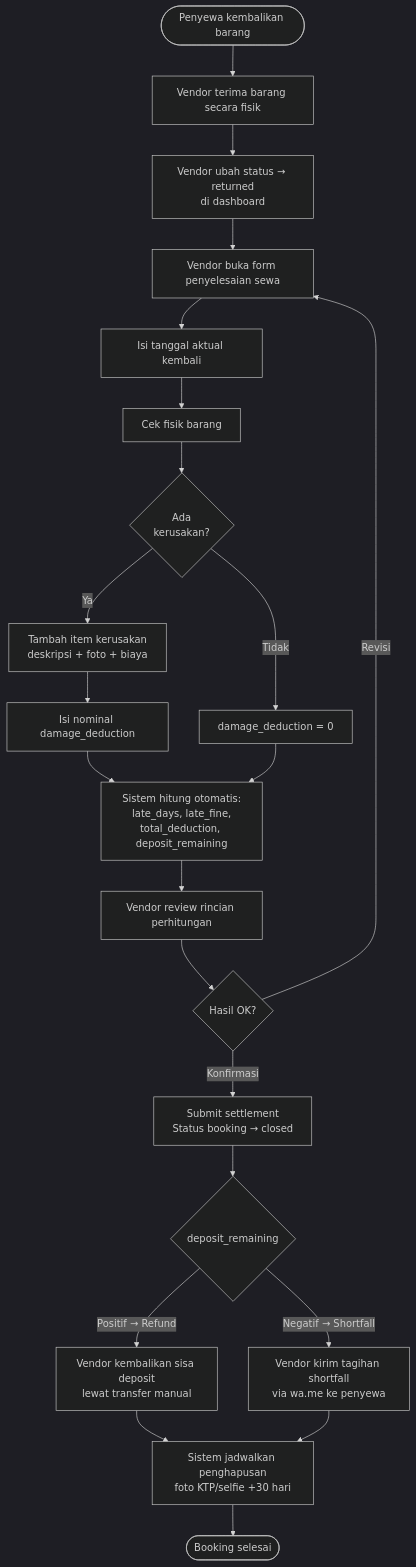
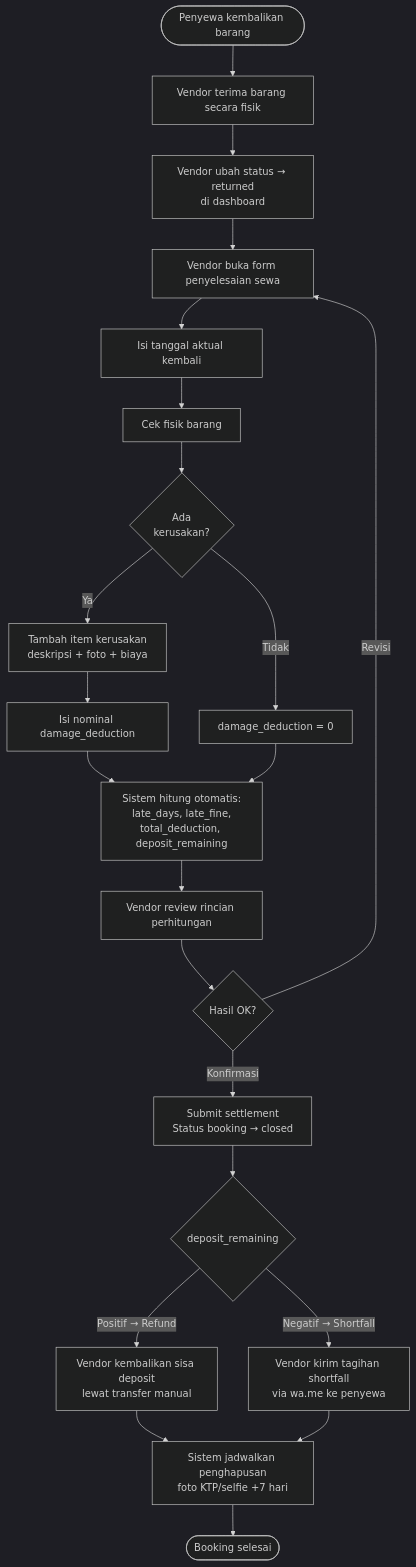
Before and after one commit to codemaulana/jagasewa: the third of 3 diagrams in docs/user-flow.md, drawn with Mermaid (dark theme). The commit also changed 16 other files, not shown here.

````diff
--- a/docs/user-flow.md
+++ b/docs/user-flow.md
@@ -57,24 +57,24 @@
 ```mermaid
 flowchart TD
     A([Penyewa kembalikan barang]) --> B[Vendor terima barang secara fisik]
     B --> C[Vendor ubah status → returned\ndi dashboard]
     C --> D[Vendor buka form penyelesaian sewa]
     D --> E[Isi tanggal aktual kembali]
     E --> F[Cek fisik barang]
     F --> G{Ada\nkerusakan?}
     G -- Ya --> H[Tambah item kerusakan\ndeskripsi + foto + biaya]
     H --> I[Isi nominal damage_deduction]
     G -- Tidak --> I2[damage_deduction = 0]
     I --> J[Sistem hitung otomatis:\nlate_days, late_fine,\ntotal_deduction, deposit_remaining]
     I2 --> J
     J --> K[Vendor review rincian perhitungan]
     K --> L{Hasil OK?}
     L -- Revisi --> D
     L -- Konfirmasi --> M[Submit settlement\nStatus booking → closed]
     M --> N{deposit_remaining}
     N -- Positif → Refund --> O[Vendor kembalikan sisa deposit\nlewat transfer manual]
     N -- Negatif → Shortfall --> P[Vendor kirim tagihan shortfall\nvia wa.me ke penyewa]
-    O --> Q[Sistem jadwalkan penghapusan\nfoto KTP/selfie +30 hari]
+    O --> Q[Sistem jadwalkan penghapusan\nfoto KTP/selfie +7 hari]
     P --> Q
     Q --> R([Booking selesai])
 ```
````
